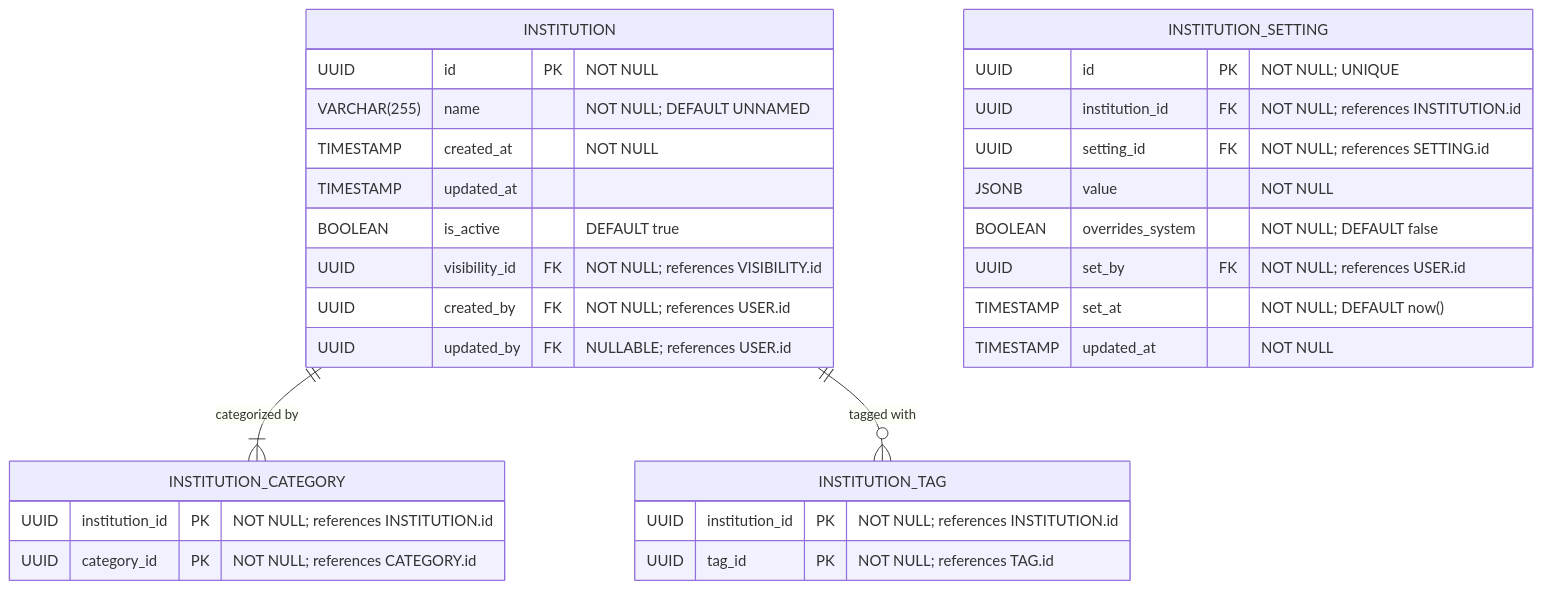
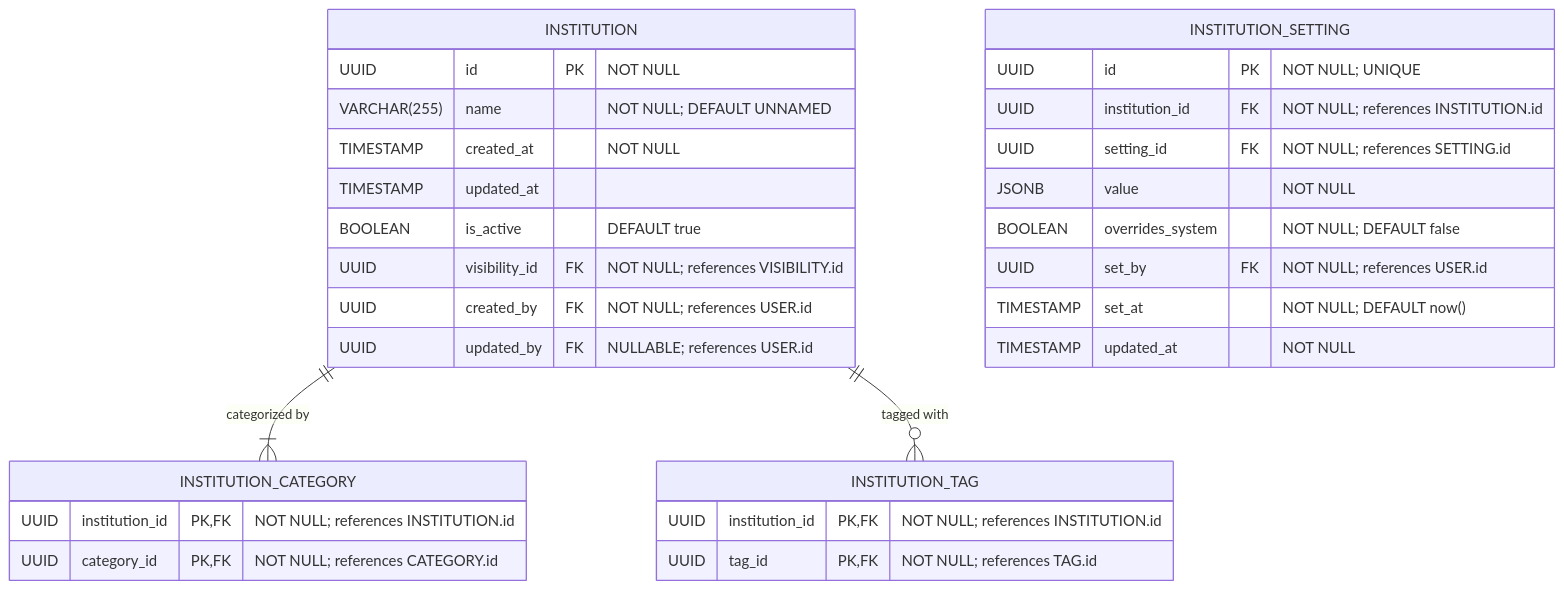
Before and after one commit to Dratharias/Motriforge: the diagram in docs/institution/core_institution_definition_basic_metadata.md, drawn with Mermaid. The commit also changed 20 other files, not shown here.

````diff
--- a/docs/institution/core_institution_definition_basic_metadata.md
+++ b/docs/institution/core_institution_definition_basic_metadata.md
@@ -8,40 +8,40 @@
 ```mermaid
 erDiagram
   %%=== Layer 1: Core Institution & Classification ===%%
 
   INSTITUTION {
     UUID id PK             "NOT NULL"
     VARCHAR(255) name      "NOT NULL; DEFAULT UNNAMED"
     TIMESTAMP created_at   "NOT NULL"
     TIMESTAMP updated_at
     BOOLEAN is_active      "DEFAULT true"
     UUID visibility_id FK  "NOT NULL; references VISIBILITY.id"
     UUID created_by FK                 "NOT NULL; references USER.id"
     UUID updated_by FK                 "NULLABLE; references USER.id"
   }
 
   INSTITUTION_SETTING {
     UUID id PK                         "NOT NULL; UNIQUE"
     UUID institution_id FK             "NOT NULL; references INSTITUTION.id"
     UUID setting_id FK                 "NOT NULL; references SETTING.id"
     JSONB value                        "NOT NULL"
     BOOLEAN overrides_system           "NOT NULL; DEFAULT false"
     UUID set_by FK                     "NOT NULL; references USER.id"
     TIMESTAMP set_at                   "NOT NULL; DEFAULT now()"
     TIMESTAMP updated_at               "NOT NULL"
   }
 
   INSTITUTION_CATEGORY {
-    UUID institution_id PK    "NOT NULL; references INSTITUTION.id"
-    UUID category_id PK       "NOT NULL; references CATEGORY.id"
+    UUID institution_id PK,FK    "NOT NULL; references INSTITUTION.id"
+    UUID category_id PK,FK       "NOT NULL; references CATEGORY.id"
   }
 
   INSTITUTION_TAG {
-    UUID institution_id PK    "NOT NULL; references INSTITUTION.id"
-    UUID tag_id PK            "NOT NULL; references TAG.id"
+    UUID institution_id PK,FK    "NOT NULL; references INSTITUTION.id"
+    UUID tag_id PK,FK            "NOT NULL; references TAG.id"
   }
 
   %%— Relationships in Layer 1 —
   INSTITUTION ||--|{ INSTITUTION_CATEGORY : "categorized by"
   INSTITUTION ||--o{ INSTITUTION_TAG      : "tagged with"
 ```
````
